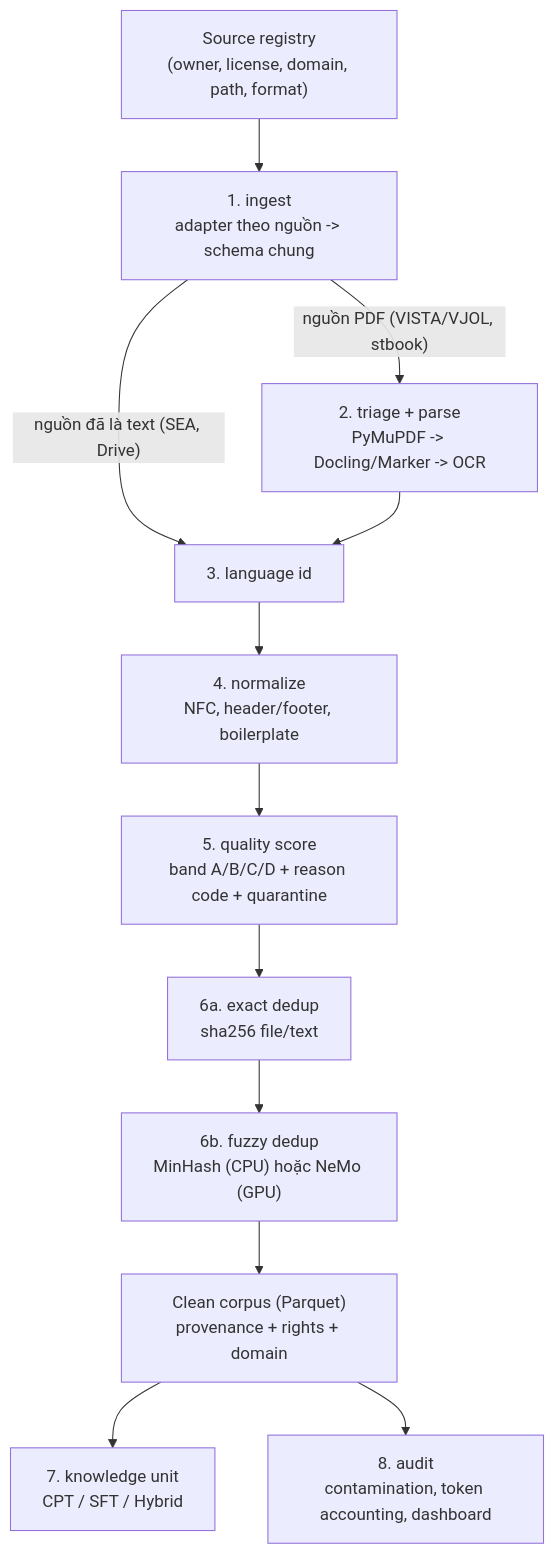
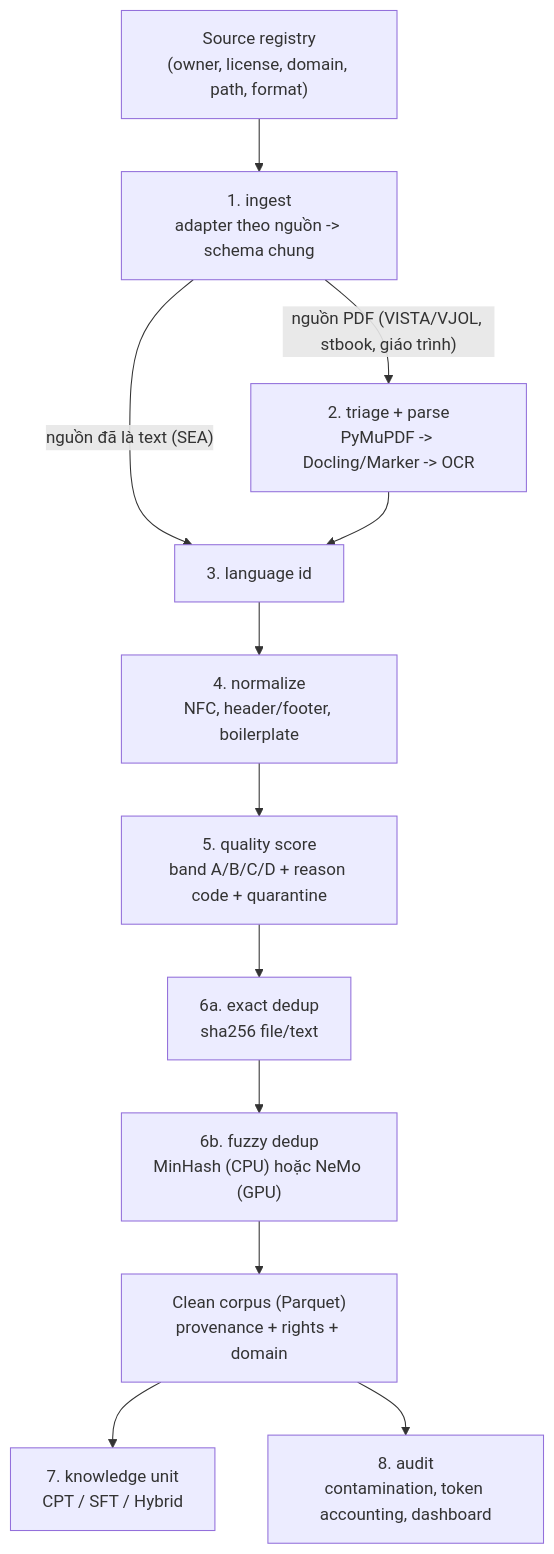
Before and after one commit to ArrayPowerPlay/vi-corpus-etl: the diagram in docs/PIPELINE.md, drawn with Mermaid. The commit also changed other lines of this file and 53 other files, not shown here.

First line of the commit message:
Thêm xử lý thô giáo trình, tái cấu trúc repo theo từng nguồn, thêm run_all và PROJECT_ARCHITECTURE

````diff
--- a/docs/PIPELINE.md
+++ b/docs/PIPELINE.md
@@ -15,14 +15,14 @@
 ```mermaid
 flowchart TD
     R["Source registry\n(owner, license, domain, path, format)"] --> I["1. ingest\nadapter theo nguồn -> schema chung"]
-    I -->|"nguồn PDF (VISTA/VJOL, stbook)"| T["2. triage + parse\nPyMuPDF -> Docling/Marker -> OCR"]
-    I -->|"nguồn đã là text (SEA, Drive)"| L
+    I -->|"nguồn PDF (VISTA/VJOL, stbook, giáo trình)"| T["2. triage + parse\nPyMuPDF -> Docling/Marker -> OCR"]
+    I -->|"nguồn đã là text (SEA)"| L
     T --> L["3. language id"]
     L --> N["4. normalize\nNFC, header/footer, boilerplate"]
     N --> Q["5. quality score\nband A/B/C/D + reason code + quarantine"]
     Q --> D1["6a. exact dedup\nsha256 file/text"]
     D1 --> D2["6b. fuzzy dedup\nMinHash (CPU) hoặc NeMo (GPU)"]
     D2 --> C["Clean corpus (Parquet)\nprovenance + rights + domain"]
     C --> K["7. knowledge unit\nCPT / SFT / Hybrid"]
     C --> A["8. audit\ncontamination, token accounting, dashboard"]
 ```
````
